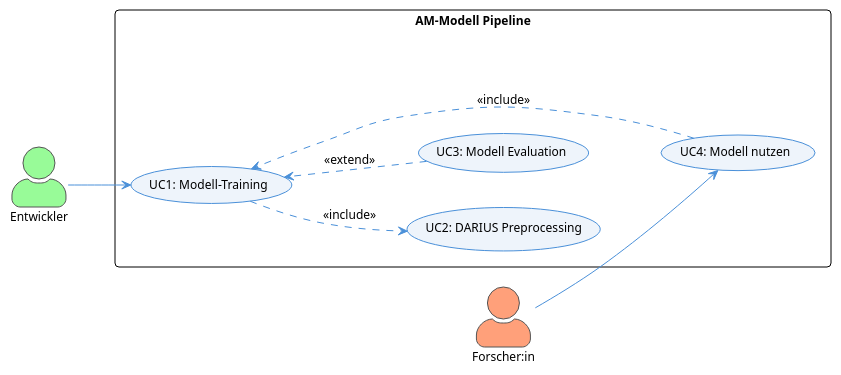
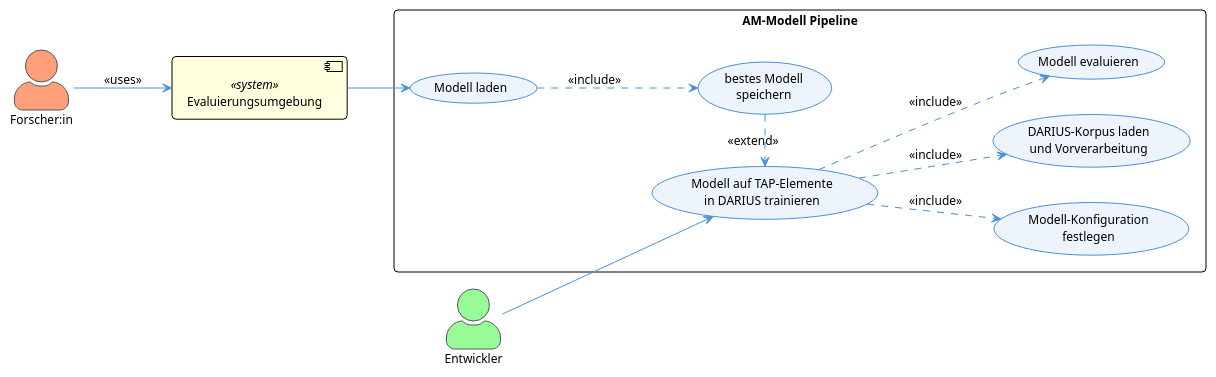
The diagram in documentation/model/use-case.plantuml (felixdrescher/german_am_modell), drawn with PlantUML before and after one commit. The commit also changed 4 other files, not shown here.

```diff
--- a/documentation/model/use-case.plantuml
+++ b/documentation/model/use-case.plantuml
@@ -1,51 +1,49 @@
 @startuml Use-Case Modell
 !theme plain
+
 skinparam defaultFontName Arial
 skinparam defaultFontSize 12
 skinparam roundcorner 8
 skinparam actorStyle awesome
 
 skinparam usecase {
     BackgroundColor #EEF4FB
     BorderColor #4A90D9
     ArrowColor #4A90D9
 }
 skinparam actor {
     BackgroundColor #FAFAFA
     BorderColor #555
 }
 
 left to right direction
 
 ' ── Akteure ──────────────────────────────────────────────
 actor "Entwickler" as DEV #PaleGreen
 actor "Forscher:in" as RES #LightSalmon
 
-' ── Use Cases ─────────────────────────────────────────────
 rectangle "AM-Modell Pipeline" {
-    usecase "UC1: Modell-Training" as UC1
-    usecase "UC2: DARIUS Preprocessing" as UC2
-    usecase "UC3: Modell Evaluation" as UC3
-    usecase "UC4: Modell nutzen" as UC4
-    
-    ' Layout-Stabilisierung (Hidden Links)
-    UC2 -[hidden]down-> UC1
-    UC1 -[hidden]down-> UC3
-    UC3 -[hidden]down-> UC4
+    usecase "Modell auf TAP-Elemente\nin DARIUS trainieren" as UC1
+    usecase "Modell-Konfiguration\nfestlegen" as UC2
+    usecase "DARIUS-Korpus laden\nund Vorverarbeitung" as UC3
+    usecase "Modell evaluieren" as UC4
+    usecase "bestes Modell\nspeichern" as UC5
+    usecase "Modell laden" as UC6
 }
 
-' ── Beziehungen ───────────────────────────────────────────
-' Akteure mit ihren primären Zielen
+component "Evaluierungsumgebung" as EVAL_ENV <<system>> #LightYellow
+
+' Beziehungen
 DEV --> UC1
-RES --> UC4
+RES --> EVAL_ENV : <<uses>>
+EVAL_ENV --> UC6
 
-' Fachliche Abhängigkeiten
-' UC1 benötigt zwingend UC2
+' Hierarchien: Konfiguration ist Teil des Trainings-Workflows
 UC1 ..> UC2 : <<include>>
-
-' Optionale Erweiterungen (vom erweiternden UC zum Basis-UC)
-UC3 ..> UC1 : <<extend>>
-UC4 ..> UC1 : <<include>>
+UC1 ..> UC3 : <<include>>
+UC1 ..> UC4 : <<include>>
+UC5 .right.> UC1 : <<extend>>
+UC6 ..> UC5 : <<include>>
 
 
 @enduml
```
